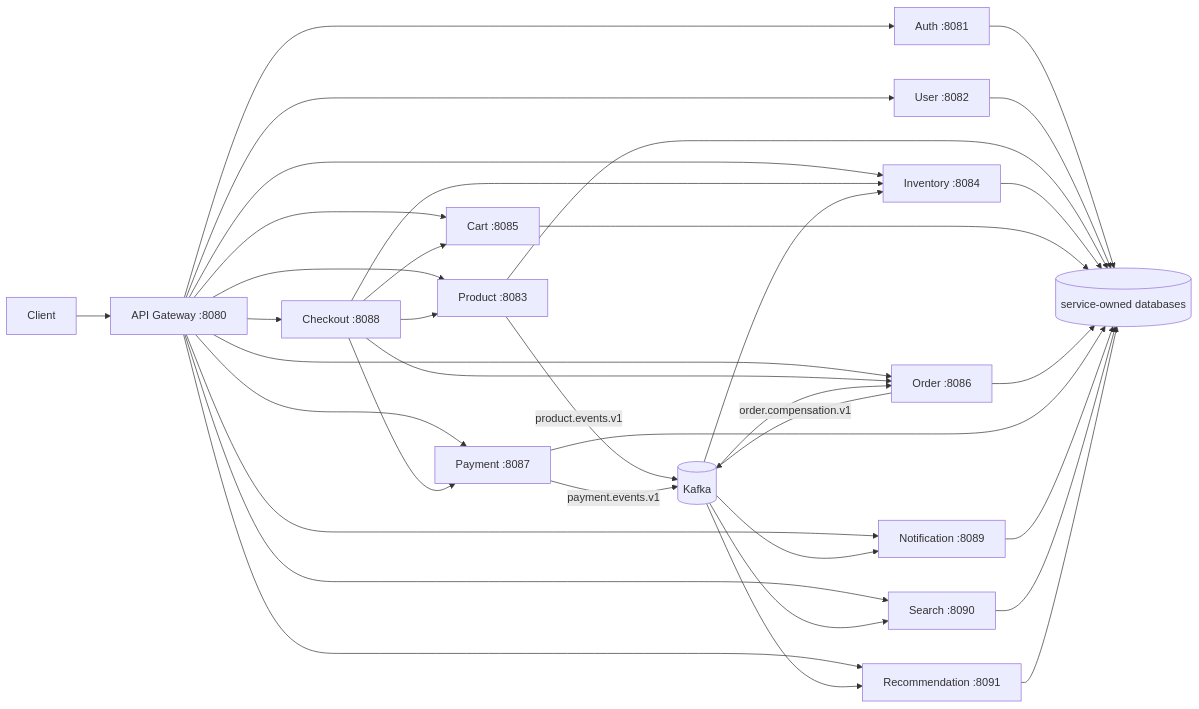
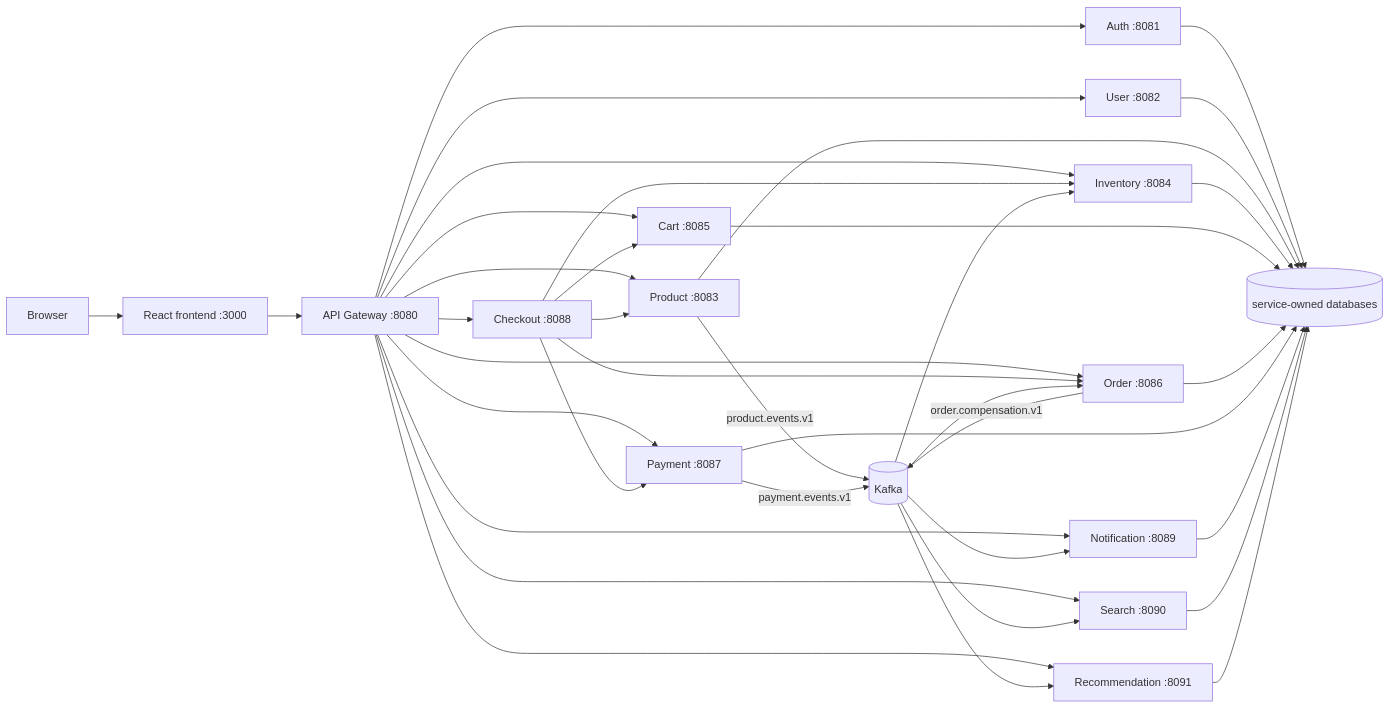
Before and after one commit to Sumedha1604/microservices-commerce-platform: the diagram in README.md, drawn with Mermaid. The commit also changed other lines of this file and 58 other files, not shown here.

````diff
--- a/README.md
+++ b/README.md
@@ -13,21 +14,22 @@
 ```mermaid
 flowchart LR
-  Client --> Gateway[API Gateway :8080]
+  Browser --> Frontend[React frontend :3000]
+  Frontend --> Gateway[API Gateway :8080]
   Gateway --> Auth[Auth :8081]
   Gateway --> User[User :8082]
   Gateway --> Product[Product :8083]
   Gateway --> Inventory[Inventory :8084]
   Gateway --> Cart[Cart :8085]
   Gateway --> Order[Order :8086]
   Gateway --> Payment[Payment :8087]
   Gateway --> Checkout[Checkout :8088]
   Gateway --> Notification[Notification :8089]
   Gateway --> Search[Search :8090]
   Gateway --> Recommendation[Recommendation :8091]
   Checkout --> Cart & Product & Inventory & Order & Payment
   Product -->|product.events.v1| Kafka[(Kafka)]
   Payment -->|payment.events.v1| Kafka
   Order -->|order.compensation.v1| Kafka
   Kafka --> Search & Recommendation & Order & Notification & Inventory
   Auth & User & Product & Inventory & Cart & Order & Payment & Notification & Search & Recommendation --> PostgreSQL[(service-owned databases)]
 ```
````
